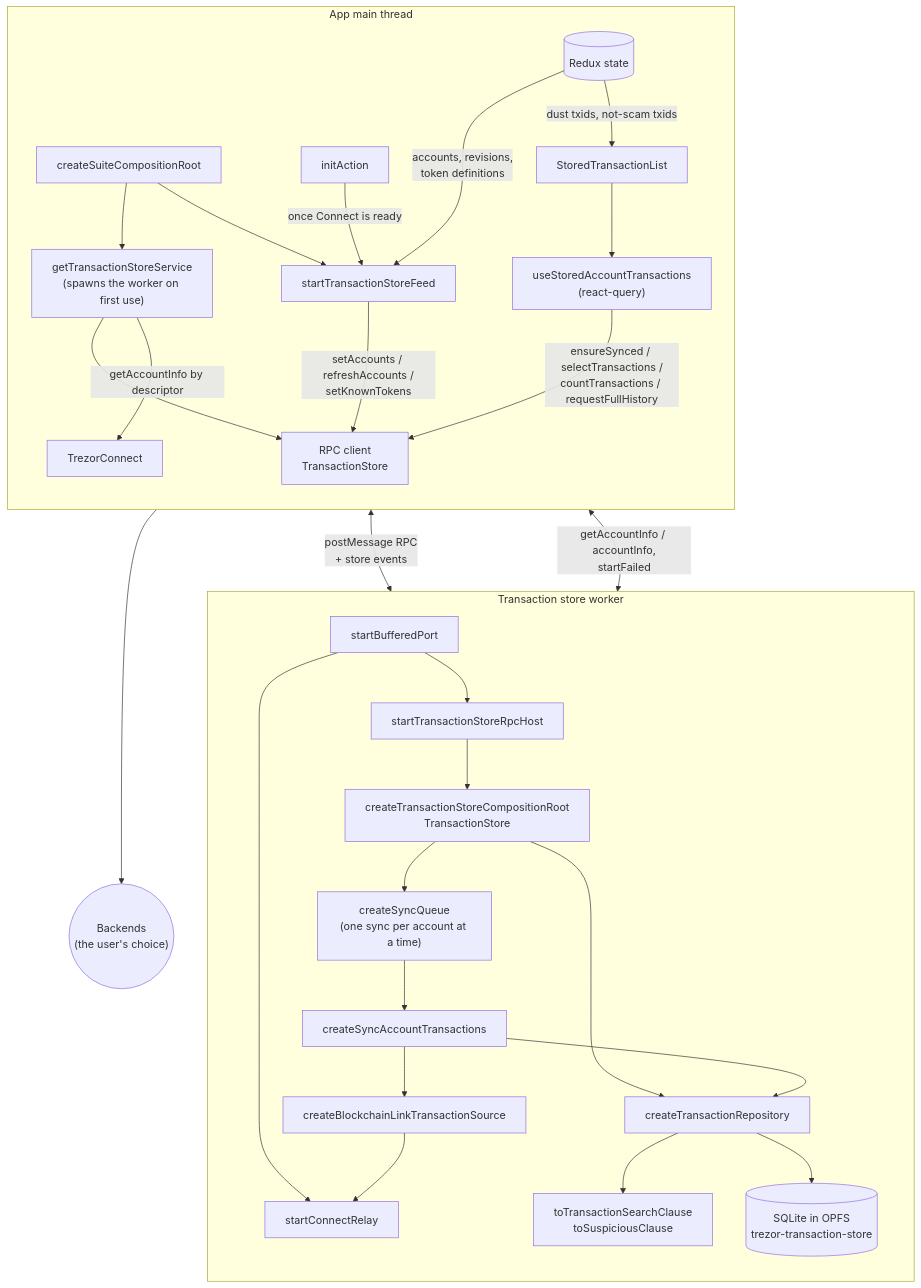
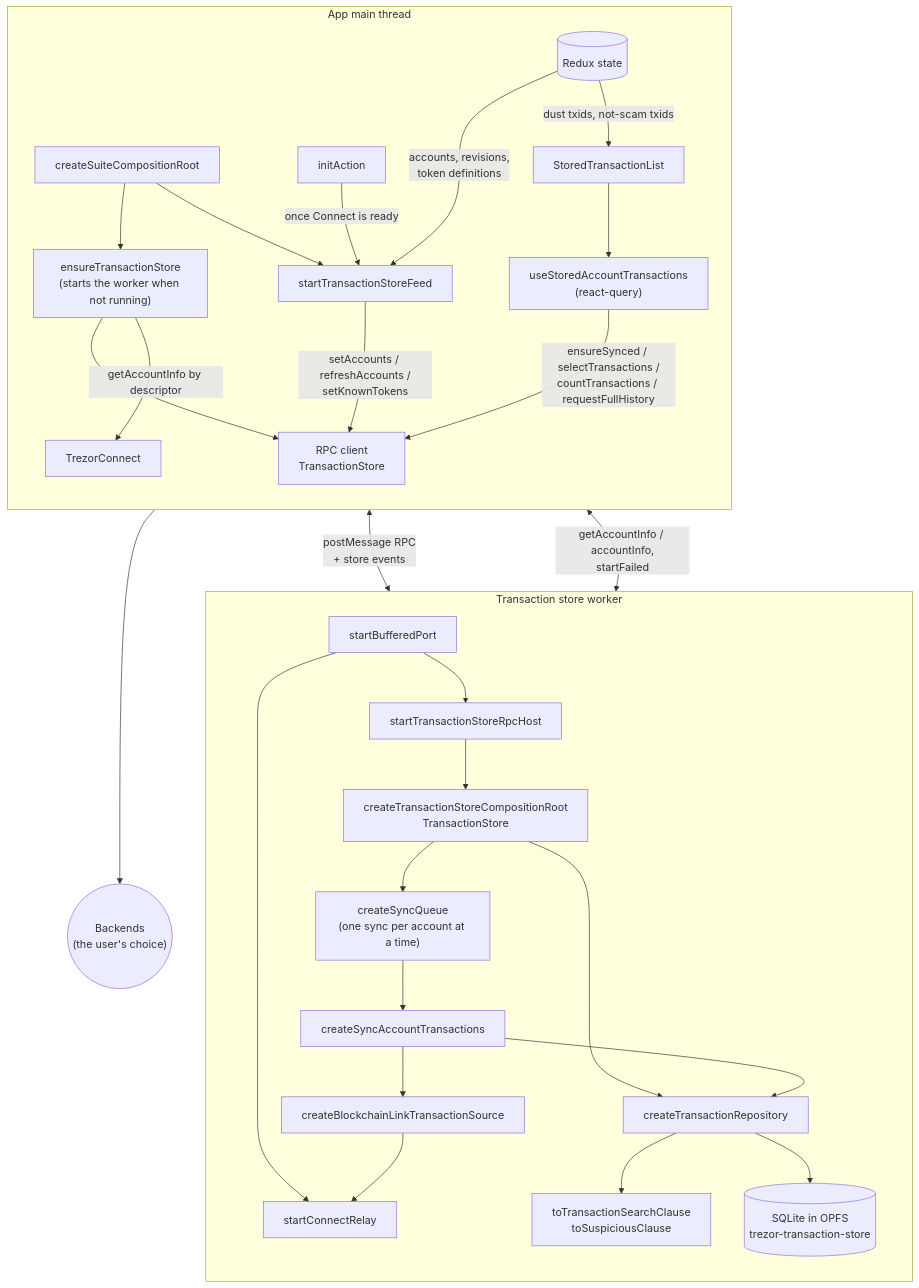
One commit to trezor/trezor-suite changed the first of 4 diagrams in suite-common/transaction-store/README.md. Above: the diagram before and after it, drawn with Mermaid. The commit also changed other lines of this file and 7 other files, not shown here.

First line of the commit message:
refactor(transaction-store): rename getTransactionStoreService to ensureTransactionStore

````diff
--- a/suite-common/transaction-store/README.md
+++ b/suite-common/transaction-store/README.md
@@ -20,56 +20,56 @@
 ```mermaid
 flowchart TB
     subgraph main["App main thread"]
         direction TB
         redux[("Redux state")]
         root["createSuiteCompositionRoot"]
         init["initAction"]
         feed["startTransactionStoreFeed"]
-        service["getTransactionStoreService<br/>(spawns the worker on first use)"]
+        service["ensureTransactionStore<br/>(starts the worker when not running)"]
         client["RPC client<br/>TransactionStore"]
         hook["useStoredAccountTransactions<br/>(react-query)"]
         list["StoredTransactionList"]
         connect["TrezorConnect"]
 
         root --> service
         root --> feed
         init -- "once Connect is ready" --> feed
         redux -- "accounts, revisions,<br/>token definitions" --> feed
         feed -- "setAccounts / refreshAccounts /<br/>setKnownTokens" --> client
         service --> client
         list --> hook
         redux -- "dust txids, not-scam txids" --> list
         hook -- "ensureSynced / selectTransactions /<br/>countTransactions / requestFullHistory" --> client
         service -- "getAccountInfo by descriptor" --> connect
     end
 
     subgraph worker["Transaction store worker"]
         direction TB
         port["startBufferedPort"]
         host["startTransactionStoreRpcHost"]
         relay["startConnectRelay"]
         engine["createTransactionStoreCompositionRoot<br/>TransactionStore"]
         queue["createSyncQueue<br/>(one sync per account at a time)"]
         sync["createSyncAccountTransactions"]
         repo["createTransactionRepository"]
         clauses["toTransactionSearchClause<br/>toSuspiciousClause"]
         source["createBlockchainLinkTransactionSource"]
         sqlite[("SQLite in OPFS<br/>trezor-transaction-store")]
 
         port --> host --> engine
         port --> relay
         engine --> queue --> sync
         engine --> repo
         sync --> source
         sync --> repo
         repo --> clauses
         repo --> sqlite
         source --> relay
     end
 
     backends(("Backends<br/>(the user's choice)"))
 
     client <-->|"postMessage RPC<br/>+ store events"| port
     service <-->|"getAccountInfo / accountInfo,<br/>startFailed"| port
     connect --> backends
 ```
````
